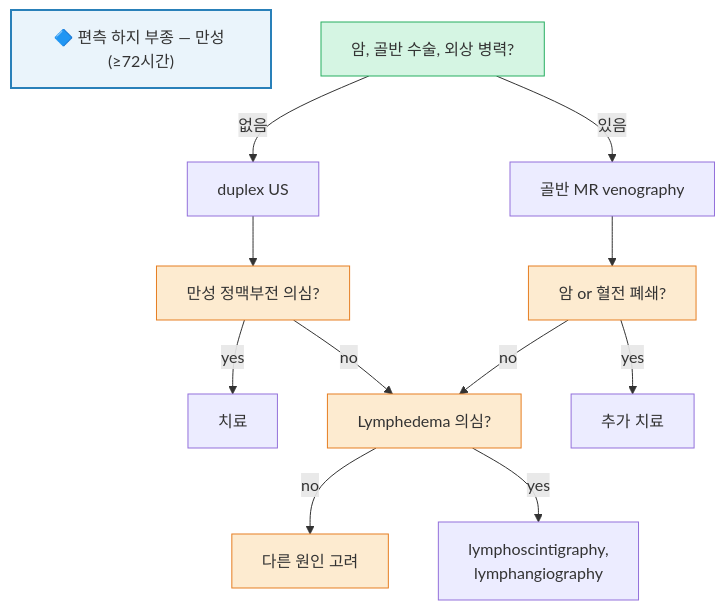
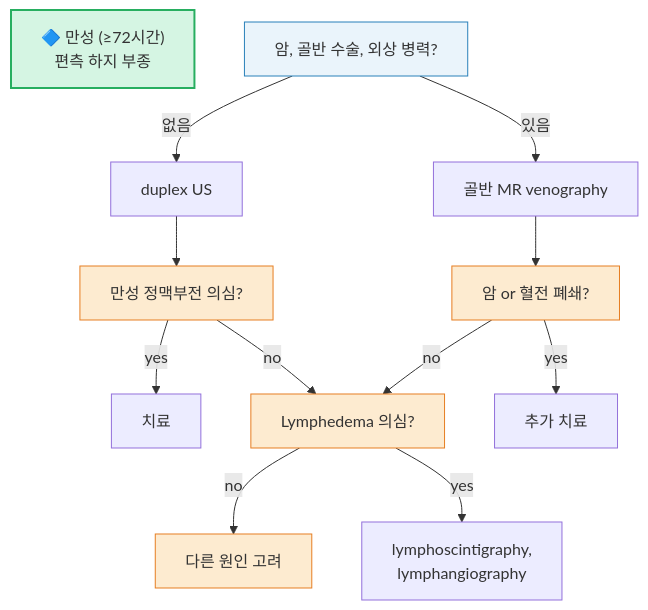
The second of 4 diagrams in 220_/012_-edema.md (familyoh77/familyoh77), drawn with Mermaid before and after one commit. The commit also changed other lines of this file, not shown here.

````diff
--- a/220_/012_-edema.md
+++ b/220_/012_-edema.md
@@ -187,25 +183,24 @@
 ```mermaid
 graph TD
-SG2["🔷 편측 하지 부종 — 만성 (≥72시간)"]
+SG2["🔷 만성 (≥72시간)<br/>편측 하지 부종"]
 
         B2["암, 골반 수술, 외상 병력?"]
         B2 -- "없음" --> C2["duplex US"]
         B2 -- "있음" --> D2["골반 MR venography"]
         C2 --> E2["만성 정맥부전 의심?"]
         E2 -- "yes" --> F2["치료"]
         E2 -- "no" --> G2["Lymphedema 의심?"]
         D2 --> H2["암 or 혈전 폐쇄?"]
         H2 -- "no" --> G2
         H2 -- "yes" --> I2["추가 치료"]
         G2 -- "no" --> J2["다른 원인 고려"]
         G2 -- "yes" --> K2["lymphoscintigraphy,
 lymphangiography"]
    
-
-    style SG2 fill:#eaf4fb,stroke:#2980b9,stroke-width:2px
-    style B2 fill:#d5f5e3,stroke:#27ae60
+    style SG2 fill:#d5f5e3,stroke:#27ae60,stroke-width:2px
+    style B2 fill:#eaf4fb,stroke:#2980b9
     style H2 fill:#fdebd0,stroke:#e67e22
     style E2 fill:#fdebd0,stroke:#e67e22
     style G2 fill:#fdebd0,stroke:#e67e22
     style J2 fill:#fdebd0,stroke:#e67e22
 ```
````
